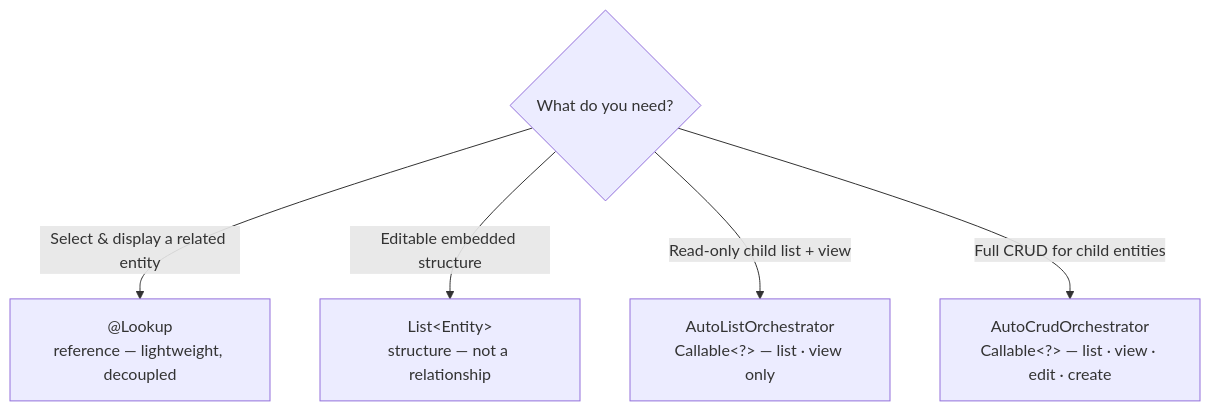
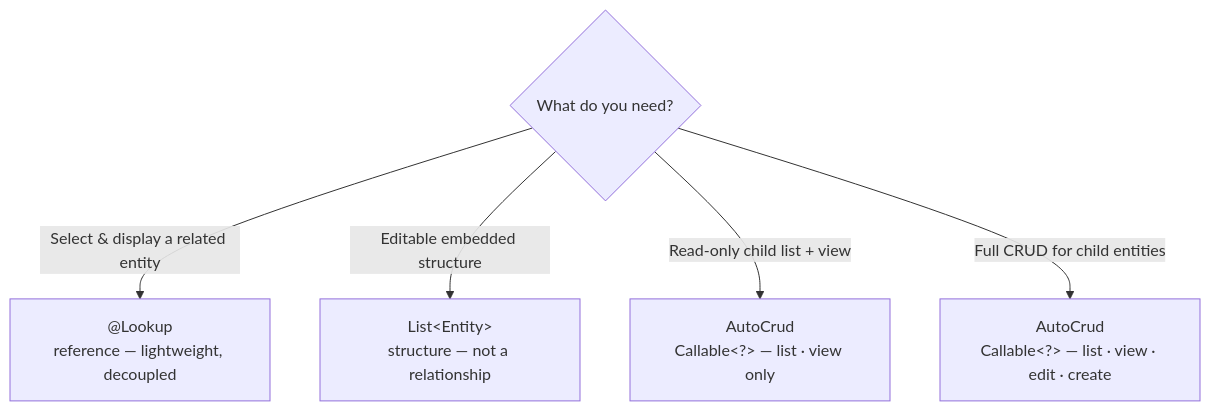
Before and after one commit to miguelperezcolom/mateu: the diagram in doc/src/content/docs/java-user-manual/build/relationships-vs-embedded-cruds.md, drawn with Mermaid. The commit also changed other lines of this file and 126 other files, not shown here.

````diff
--- a/doc/src/content/docs/java-user-manual/build/relationships-vs-embedded-cruds.md
+++ b/doc/src/content/docs/java-user-manual/build/relationships-vs-embedded-cruds.md
@@ -81,8 +81,8 @@
 ```mermaid
 flowchart TD
     Q{What do you need?}
     Q -->|Select & display a related entity| L["@Lookup\nreference — lightweight, decoupled"]
     Q -->|Editable embedded structure| S["List&lt;Entity&gt;\nstructure — not a relationship"]
-    Q -->|Read-only child list + view| E["AutoListOrchestrator\nCallable&lt;?&gt; — list · view only"]
-    Q -->|Full CRUD for child entities| F["AutoCrudOrchestrator\nCallable&lt;?&gt; — list · view · edit · create"]
+    Q -->|Read-only child list + view| E["AutoCrud\nCallable&lt;?&gt; — list · view only"]
+    Q -->|Full CRUD for child entities| F["AutoCrud\nCallable&lt;?&gt; — list · view · edit · create"]
 ```
````
